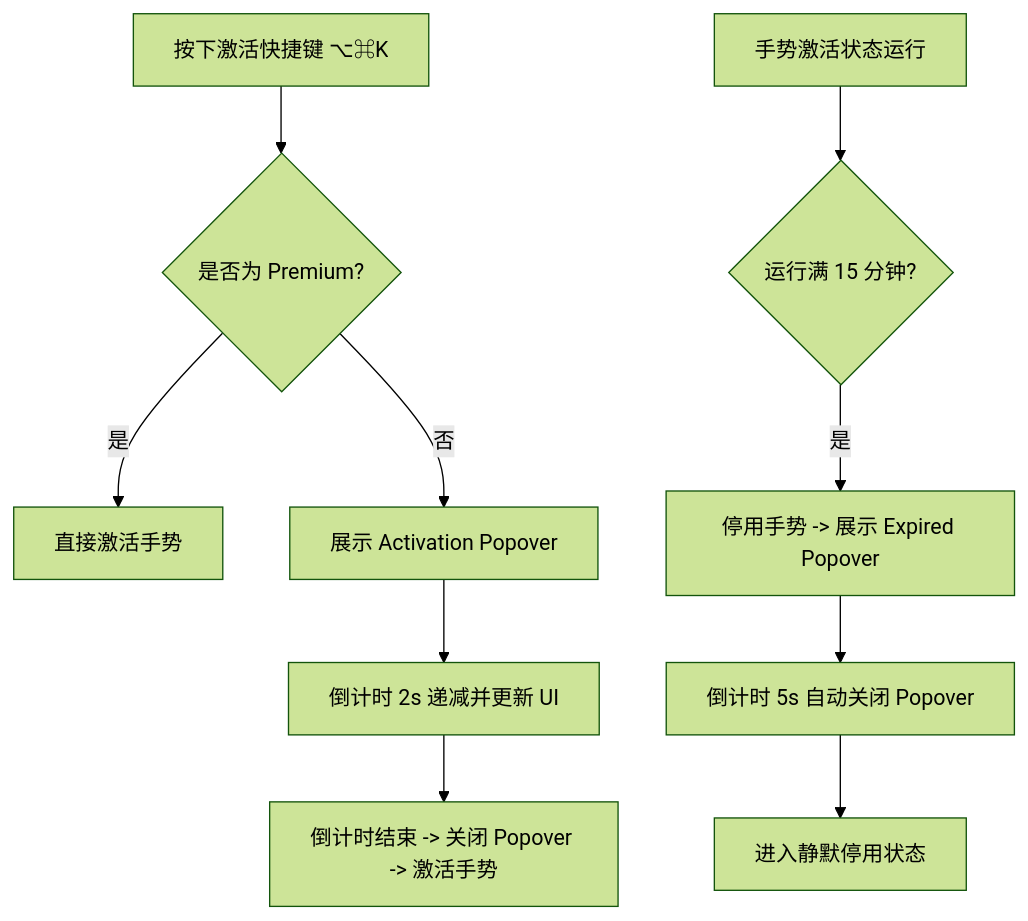
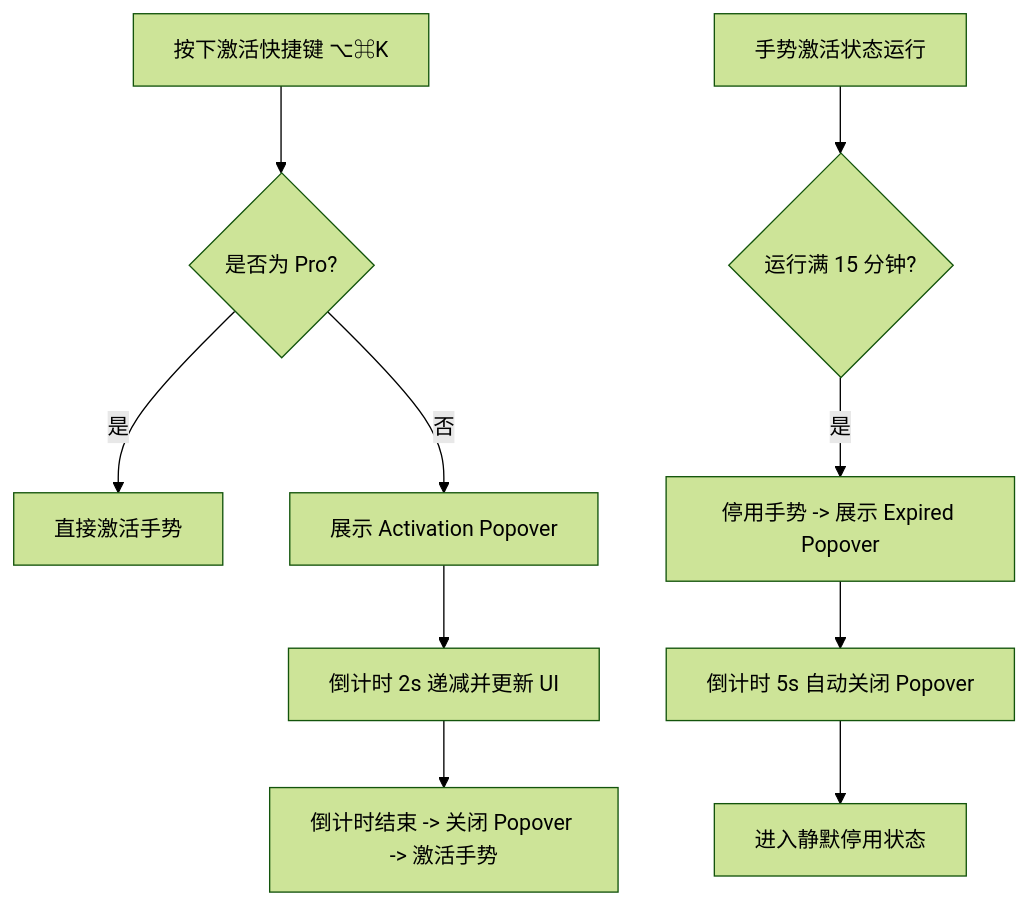
The diagram in docs/superpowers/specs/2026-07-17-free-edition-hud-reminders-design.md (benwu232/PhantomKnob), drawn with Mermaid (forest theme) before and after one commit. The commit also changed other lines of this file and 18 other files, not shown here.

Commit message:
refactor: rename free/premium to free/pro across app, tests, specs and website

````diff
--- a/docs/superpowers/specs/2026-07-17-free-edition-hud-reminders-design.md
+++ b/docs/superpowers/specs/2026-07-17-free-edition-hud-reminders-design.md
@@ -28,13 +28,13 @@
 ```mermaid
 graph TD
-    A[按下激活快捷键 ⌥⌘K] --> B{是否为 Premium?}
+    A[按下激活快捷键 ⌥⌘K] --> B{是否为 Pro?}
     B -- 是 --> C[直接激活手势]
     B -- 否 --> D[展示 Activation Popover]
     D --> E[倒计时 2s 递减并更新 UI]
     E --> F[倒计时结束 -> 关闭 Popover -> 激活手势]
     
     G[手势激活状态运行] --> H{运行满 15 分钟?}
     H -- 是 --> I[停用手势 -> 展示 Expired Popover]
     I --> J[倒计时 5s 自动关闭 Popover]
     J --> K[进入静默停用状态]
 ```
````
